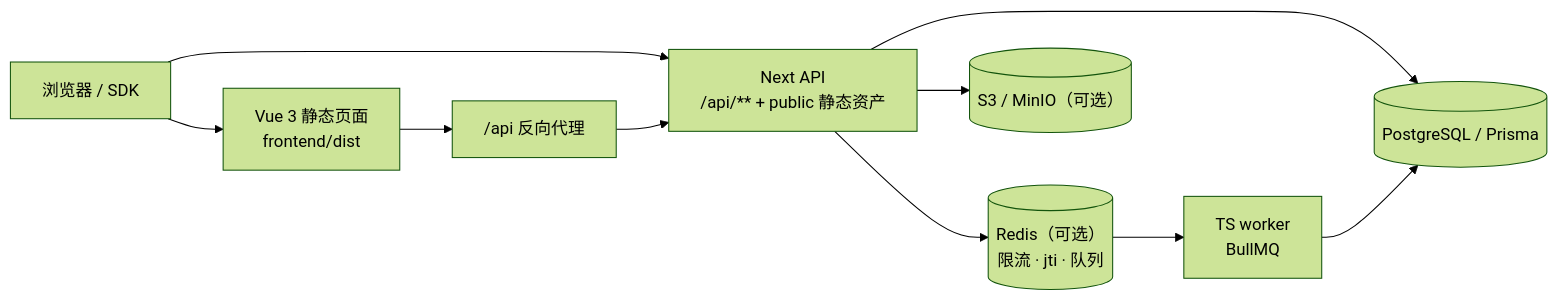
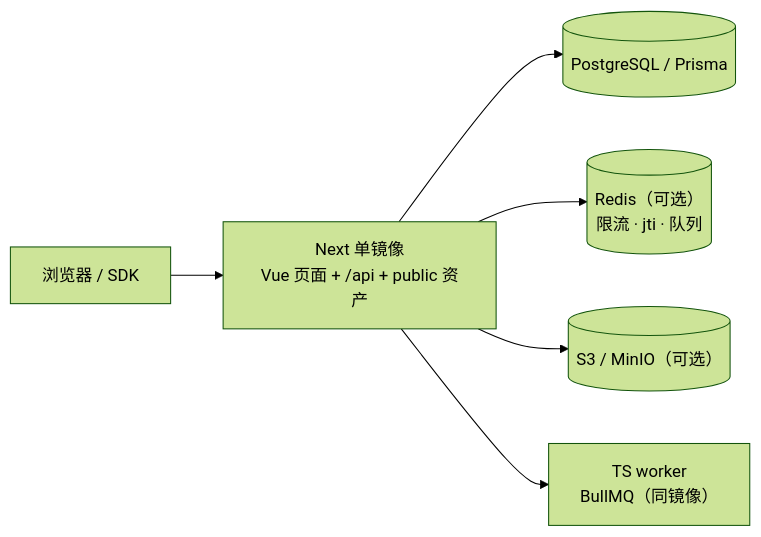
One commit to BlackArt40/KnowledgeAI changed the second of 2 diagrams in docs/architecture/overview.md. Above: the diagram before and after it, drawn with Mermaid (forest theme). The commit also changed other lines of this file and 12 other files, not shown here.

````diff
--- a/docs/architecture/overview.md
+++ b/docs/architecture/overview.md
@@ -91,12 +91,8 @@
 ```mermaid
 flowchart LR
-  C["浏览器 / SDK"] --> FE["Vue 3 静态页面<br/>frontend/dist"]
-  C --> API["Next API<br/>/api/** + public 静态资产"]
-  FE --> API2["/api 反向代理"]
-  API2 --> API
-  API --> PG[("PostgreSQL / Prisma")]
-  API --> RD[("Redis（可选）<br/>限流 · jti · 队列")]
-  API --> S3[("S3 / MinIO（可选）")]
-  W["TS worker<br/>BullMQ"] --> PG
-  RD --> W
+  C["浏览器 / SDK"] --> APP["Next 单镜像<br/>Vue 页面 + /api + public 资产"]
+  APP --> PG[("PostgreSQL / Prisma")]
+  APP --> RD[("Redis（可选）<br/>限流 · jti · 队列")]
+  APP --> S3[("S3 / MinIO（可选）")]
+  APP --> W["TS worker<br/>BullMQ（同镜像）"]
 ```
````
